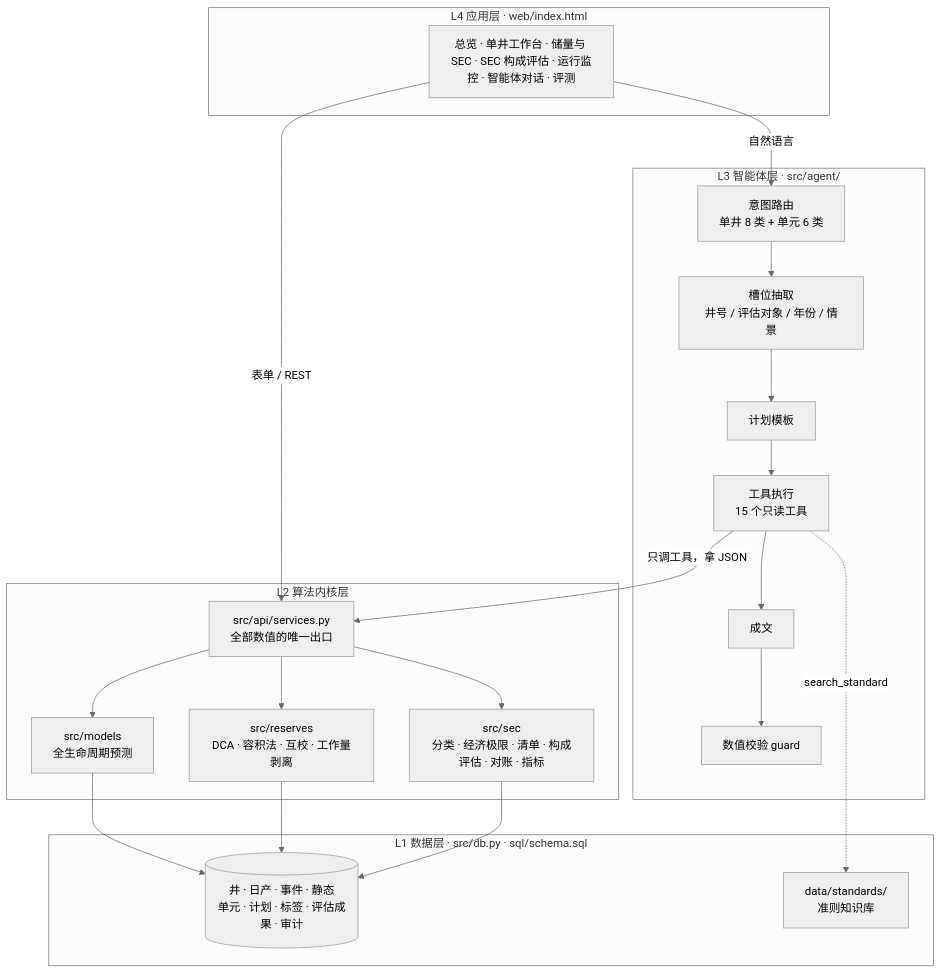
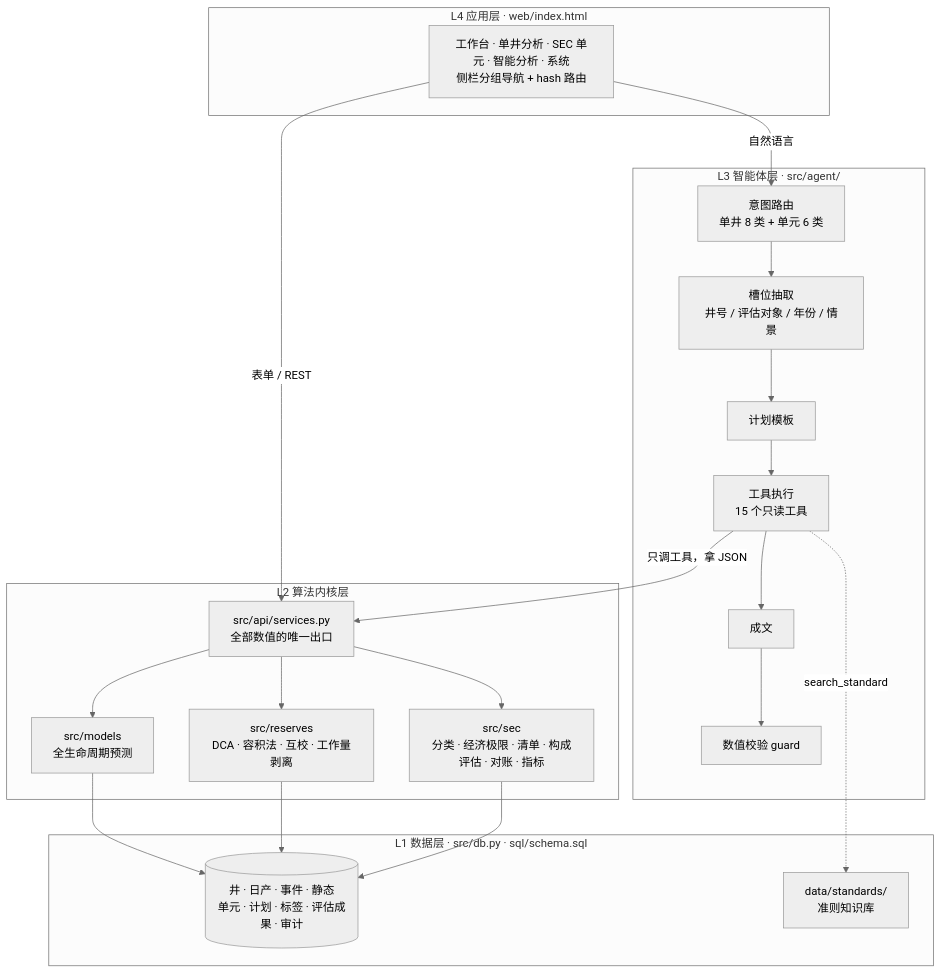
The first of 3 diagrams in README.md (xu5733089/oilwell-lifecycle-sec), drawn with Mermaid (neutral theme) before and after one commit. The commit also changed other lines of this file and 3 other files, not shown here.

````diff
--- a/README.md
+++ b/README.md
@@ -161,25 +161,25 @@
 ```mermaid
 flowchart TB
     subgraph L4["L4 应用层 · web/index.html"]
-        UI["总览 · 单井工作台 · 储量与 SEC · SEC 构成评估 · 运行监控 · 智能体对话 · 评测"]
+        UI["工作台 · 单井分析 · SEC 单元 · 智能分析 · 系统<br/>侧栏分组导航 + hash 路由"]
     end
     subgraph L3["L3 智能体层 · src/agent/"]
         R["意图路由<br/>单井 8 类 + 单元 6 类"] --> SL["槽位抽取<br/>井号 / 评估对象 / 年份 / 情景"] --> P["计划模板"] --> T["工具执行<br/>15 个只读工具"] --> C["成文"] --> G["数值校验 guard"]
     end
     subgraph L2["L2 算法内核层"]
         API["src/api/services.py<br/>全部数值的唯一出口"]
         M["src/models<br/>全生命周期预测"]
         RS["src/reserves<br/>DCA · 容积法 · 互校 · 工作量剥离"]
         SEC["src/sec<br/>分类 · 经济极限 · 清单 · 构成评估 · 对账 · 指标"]
         API --> M & RS & SEC
     end
     subgraph L1["L1 数据层 · src/db.py · sql/schema.sql"]
         DB[("井 · 日产 · 事件 · 静态<br/>单元 · 计划 · 标签 · 评估成果 · 审计")]
         KB["data/standards/<br/>准则知识库"]
     end
     UI -- "表单 / REST" --> API
     UI -- "自然语言" --> R
     T -- "只调工具，拿 JSON" --> API
     M & RS & SEC --> DB
     T -. "search_standard" .-> KB
 ```
````
